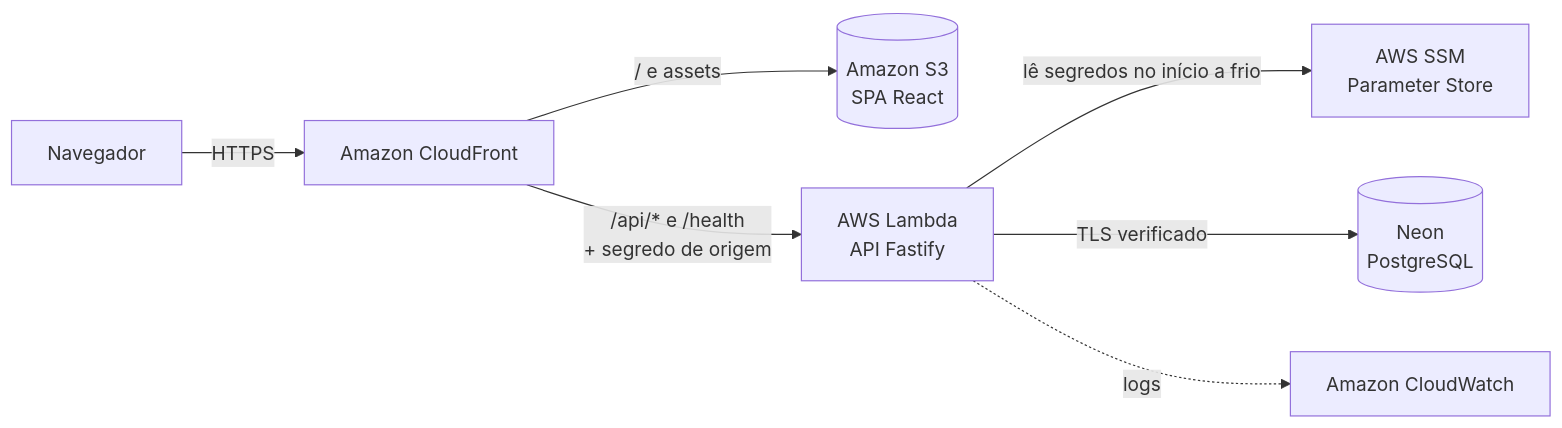
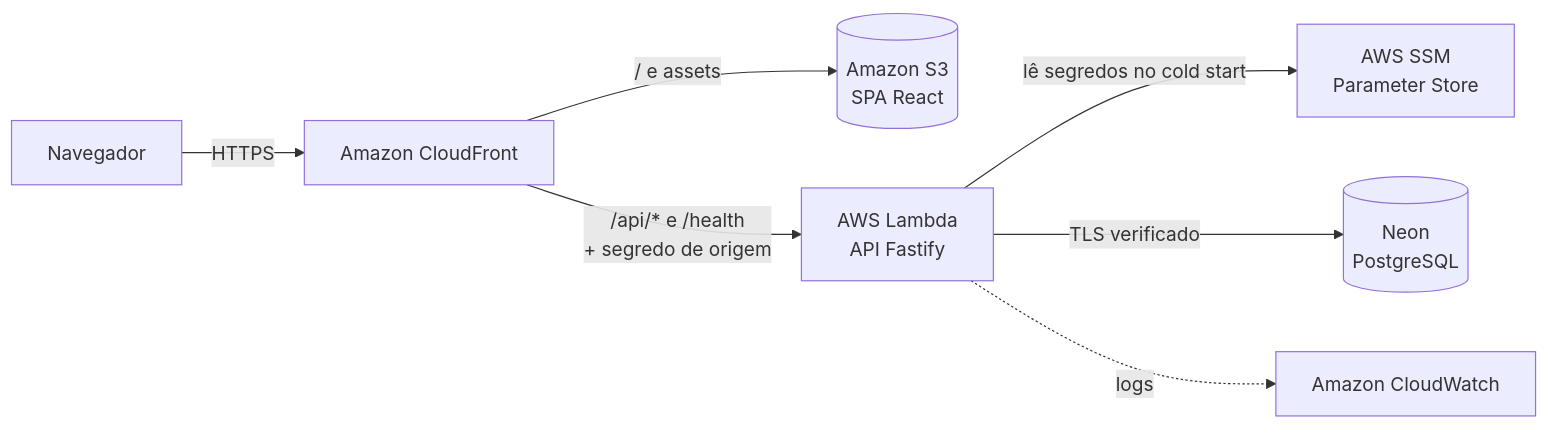
The diagram in README.pt-BR.md (joaolaureano/memorization), drawn with Mermaid before and after one commit. The commit also changed other lines of this file and 3 other files, not shown here.

````diff
--- a/README.pt-BR.md
+++ b/README.pt-BR.md
@@ -51,9 +89,9 @@
 ```mermaid
 flowchart LR
     U[Navegador] -->|HTTPS| CF[Amazon CloudFront]
     CF -->|/ e assets| S3[(Amazon S3<br/>SPA React)]
     CF -->|/api/* e /health<br/>+ segredo de origem| L[AWS Lambda<br/>API Fastify]
-    L -->|lê segredos no início a frio| SSM[AWS SSM<br/>Parameter Store]
+    L -->|lê segredos no cold start| SSM[AWS SSM<br/>Parameter Store]
     L -->|TLS verificado| DB[(Neon<br/>PostgreSQL)]
     L -.->|logs| CW[Amazon CloudWatch]
 ```
````
